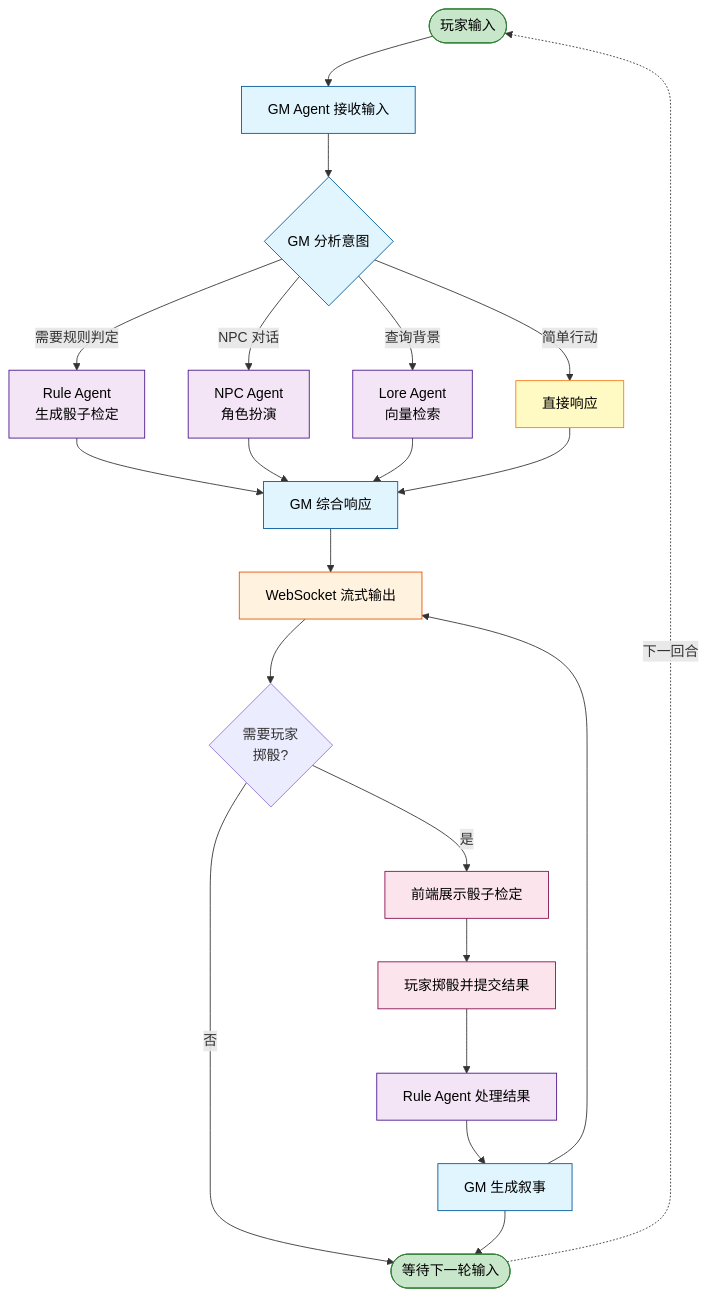
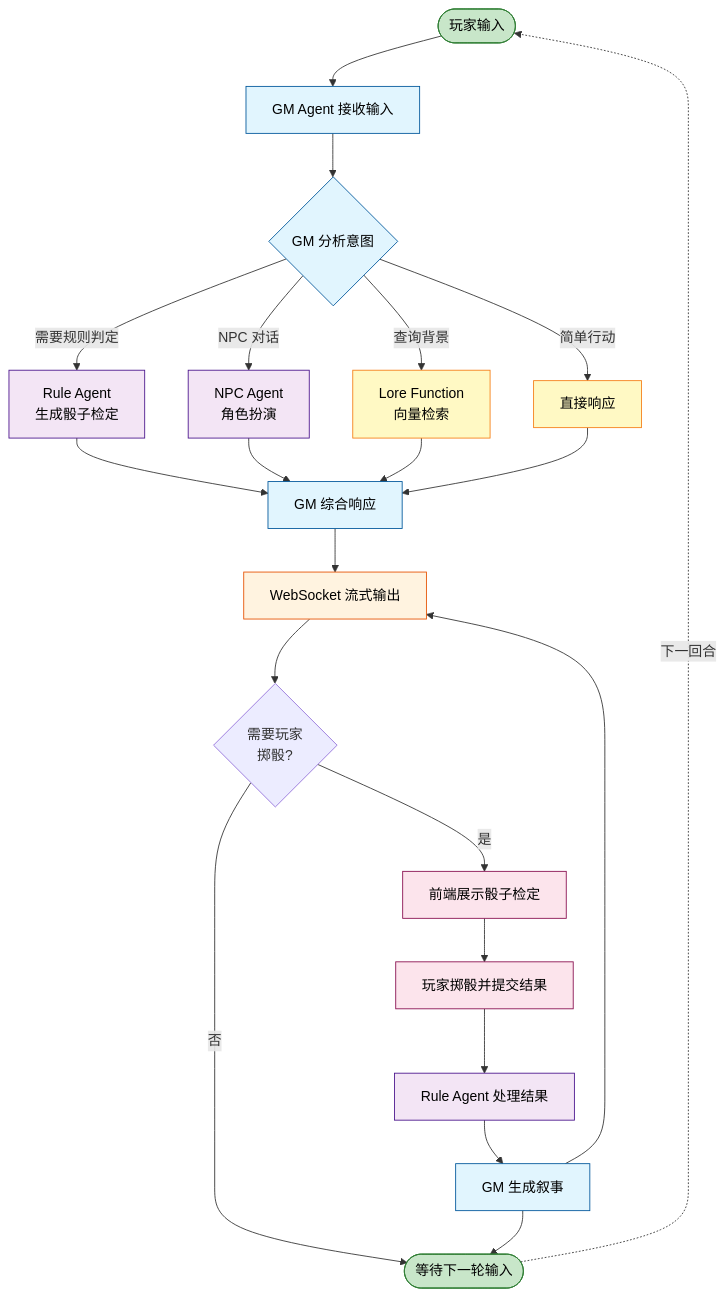
One commit to Rene-Zhou/Astinus changed the second of 2 diagrams in README.md. Above: the diagram before and after it, drawn with Mermaid. The commit also changed other lines of this file and 1 other file, not shown here.

First line of the commit message:
docs: Update README and ARCHITECTURE to reflect Lore functionality changes

````diff
--- a/README.md
+++ b/README.md
@@ -204,44 +204,44 @@
 ```mermaid
 graph TD
     Start([玩家输入]) --> GM_Receive[GM Agent 接收输入]
     GM_Receive --> GM_Analyze{GM 分析意图}
 
     GM_Analyze -->|需要规则判定| Rule[Rule Agent<br/>生成骰子检定]
     GM_Analyze -->|NPC 对话| NPC[NPC Agent<br/>角色扮演]
-    GM_Analyze -->|查询背景| Lore[Lore Agent<br/>向量检索]
+    GM_Analyze -->|查询背景| Lore[Lore Function<br/>向量检索]
     GM_Analyze -->|简单行动| Direct[直接响应]
 
     Rule --> GM_Synthesize[GM 综合响应]
     NPC --> GM_Synthesize
     Lore --> GM_Synthesize
     Direct --> GM_Synthesize
 
     GM_Synthesize --> Stream[WebSocket 流式输出]
     Stream --> Wait{需要玩家<br/>掷骰?}
 
     Wait -->|是| DiceCheck[前端展示骰子检定]
     DiceCheck --> DiceResult[玩家掷骰并提交结果]
     DiceResult --> Rule_Process[Rule Agent 处理结果]
     Rule_Process --> GM_Narrate[GM 生成叙事]
     GM_Narrate --> Stream
 
     Wait -->|否| End([等待下一轮输入])
     GM_Narrate --> End
 
     End -.下一回合.-> Start
 
     style Start fill:#c8e6c9,stroke:#2e7d32,color:#000000
     style GM_Receive fill:#e1f5fe,stroke:#01579b,color:#000000
     style GM_Analyze fill:#e1f5fe,stroke:#01579b,color:#000000
     style GM_Synthesize fill:#e1f5fe,stroke:#01579b,color:#000000
     style GM_Narrate fill:#e1f5fe,stroke:#01579b,color:#000000
     style Rule fill:#f3e5f5,stroke:#4a148c,color:#000000
     style NPC fill:#f3e5f5,stroke:#4a148c,color:#000000
-    style Lore fill:#f3e5f5,stroke:#4a148c,color:#000000
+    style Lore fill:#fff9c4,stroke:#f57f17,color:#000000
     style Direct fill:#fff9c4,stroke:#f57f17,color:#000000
     style Rule_Process fill:#f3e5f5,stroke:#4a148c,color:#000000
     style Stream fill:#fff3e0,stroke:#e65100,color:#000000
     style DiceCheck fill:#fce4ec,stroke:#880e4f,color:#000000
     style DiceResult fill:#fce4ec,stroke:#880e4f,color:#000000
     style End fill:#c8e6c9,stroke:#2e7d32,color:#000000
 ```
````
